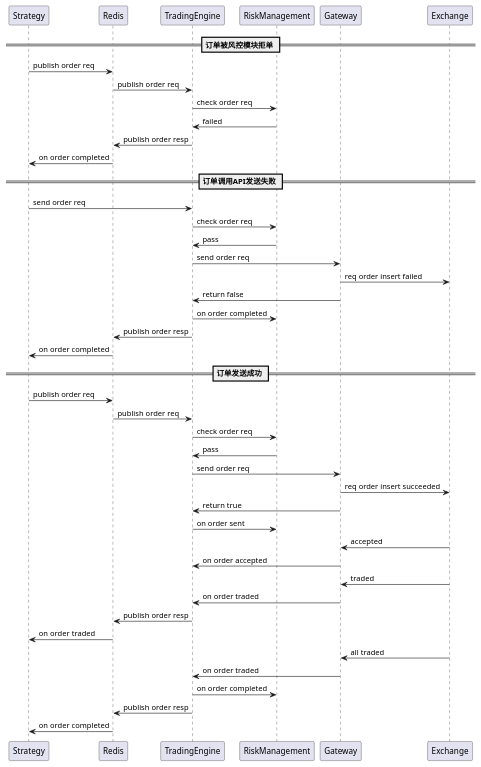
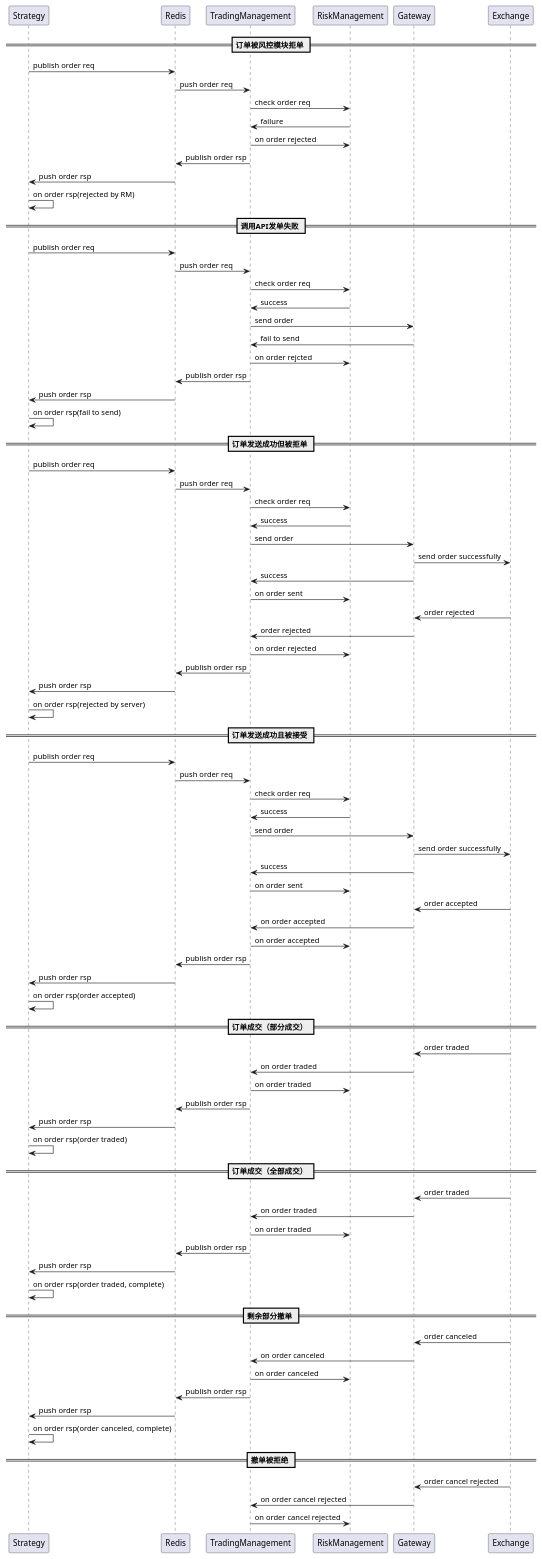
Before and after one commit to xywanz/ft: the diagram in img/Trading.puml, drawn with PlantUML. The commit also changed 4 other files, not shown here.

```diff
--- a/img/Trading.puml
+++ b/img/Trading.puml
@@ -1,51 +1,94 @@
 @startuml Trading
 
 participant Strategy
 participant Redis
-participant TradingEngine
+participant TradingManagement
 participant RiskManagement
 participant Gateway
 participant Exchange
 
 == 订单被风控模块拒单 ==
 Strategy -> Redis: publish order req
-Redis -> TradingEngine: publish order req
-TradingEngine -> RiskManagement: check order req
-TradingEngine <- RiskManagement: failed
-Redis <- TradingEngine: publish order resp
-Strategy <- Redis: on order completed
+Redis -> TradingManagement: push order req
+TradingManagement -> RiskManagement: check order req
+TradingManagement <- RiskManagement: failure
+TradingManagement -> RiskManagement: on order rejected
+Redis <- TradingManagement: publish order rsp
+Strategy <- Redis: push order rsp
+Strategy -> Strategy: on order rsp(rejected by RM)
 
-== 订单调用API发送失败 ==
-Strategy -> TradingEngine: send order req
-TradingEngine -> RiskManagement: check order req
-TradingEngine <- RiskManagement: pass
-TradingEngine -> Gateway: send order req
-Gateway -> Exchange: req order insert failed
-TradingEngine <- Gateway: return false
-TradingEngine -> RiskManagement: on order completed
-Redis <- TradingEngine: publish order resp
-Strategy <- Redis: on order completed
+== 调用API发单失败 ==
+Strategy -> Redis: publish order req
+Redis -> TradingManagement: push order req
+TradingManagement -> RiskManagement: check order req
+TradingManagement <- RiskManagement: success
+TradingManagement -> Gateway: send order
+TradingManagement <- Gateway: fail to send
+TradingManagement -> RiskManagement: on order rejcted
+Redis <- TradingManagement: publish order rsp
+Strategy <- Redis: push order rsp
+Strategy -> Strategy: on order rsp(fail to send)
+
+== 订单发送成功但被拒单 ==
+Strategy -> Redis: publish order req
+Redis -> TradingManagement: push order req
+TradingManagement -> RiskManagement: check order req
+TradingManagement <- RiskManagement: success
+TradingManagement -> Gateway: send order
+Gateway -> Exchange: send order successfully
+TradingManagement <- Gateway: success
+TradingManagement -> RiskManagement: on order sent
+Gateway <- Exchange: order rejected
+TradingManagement <- Gateway: order rejected
+TradingManagement -> RiskManagement: on order rejected
+Redis <- TradingManagement: publish order rsp
+Strategy <- Redis: push order rsp
+Strategy -> Strategy: on order rsp(rejected by server)
 
 
-== 订单发送成功 ==
+== 订单发送成功且被接受 ==
 Strategy -> Redis: publish order req
-Redis -> TradingEngine: publish order req
-TradingEngine -> RiskManagement: check order req
-TradingEngine <- RiskManagement: pass
-TradingEngine -> Gateway: send order req
-Gateway -> Exchange: req order insert succeeded
-TradingEngine <- Gateway: return true
-TradingEngine -> RiskManagement: on order sent
-Gateway <- Exchange: accepted
-TradingEngine <- Gateway: on order accepted
-Gateway <- Exchange: traded
-TradingEngine <- Gateway: on order traded
-Redis <- TradingEngine: publish order resp
-Strategy <- Redis: on order traded
-Gateway <- Exchange: all traded
-TradingEngine <- Gateway: on order traded
-TradingEngine -> RiskManagement: on order completed
-Redis <- TradingEngine: publish order resp
-Strategy <- Redis: on order completed
+Redis -> TradingManagement: push order req
+TradingManagement -> RiskManagement: check order req
+TradingManagement <- RiskManagement: success
+TradingManagement -> Gateway: send order
+Gateway -> Exchange: send order successfully
+TradingManagement <- Gateway: success
+TradingManagement -> RiskManagement: on order sent
+Gateway <- Exchange: order accepted
+TradingManagement <- Gateway: on order accepted
+TradingManagement -> RiskManagement: on order accepted
+Redis <- TradingManagement: publish order rsp
+Strategy <- Redis: push order rsp
+Strategy -> Strategy: on order rsp(order accepted)
+
+== 订单成交（部分成交） ==
+Gateway <- Exchange: order traded
+TradingManagement <- Gateway: on order traded
+TradingManagement -> RiskManagement: on order traded
+Redis <- TradingManagement: publish order rsp
+Strategy <- Redis: push order rsp
+Strategy -> Strategy: on order rsp(order traded)
+
+== 订单成交（全部成交） ==
+Gateway <- Exchange: order traded
+TradingManagement <- Gateway: on order traded
+TradingManagement -> RiskManagement: on order traded
+Redis <- TradingManagement: publish order rsp
+Strategy <- Redis: push order rsp
+Strategy -> Strategy: on order rsp(order traded, complete)
+
+== 剩余部分撤单 ==
+Gateway <- Exchange: order canceled
+TradingManagement <- Gateway: on order canceled
+TradingManagement -> RiskManagement: on order canceled
+Redis <- TradingManagement: publish order rsp
+Strategy <- Redis: push order rsp
+Strategy -> Strategy: on order rsp(order canceled, complete)
+
+== 撤单被拒绝 ==
+Gateway <- Exchange: order cancel rejected
+TradingManagement <- Gateway: on order cancel rejected
+TradingManagement -> RiskManagement: on order cancel rejected
 
 @enduml
```
